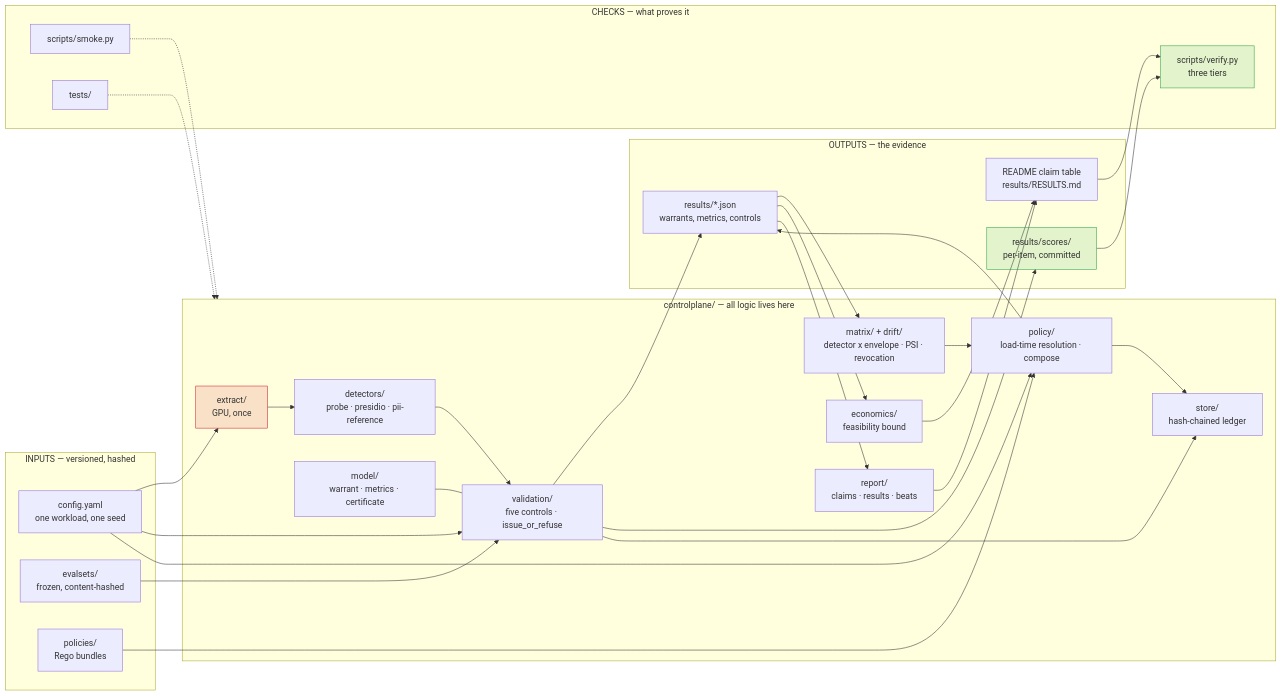
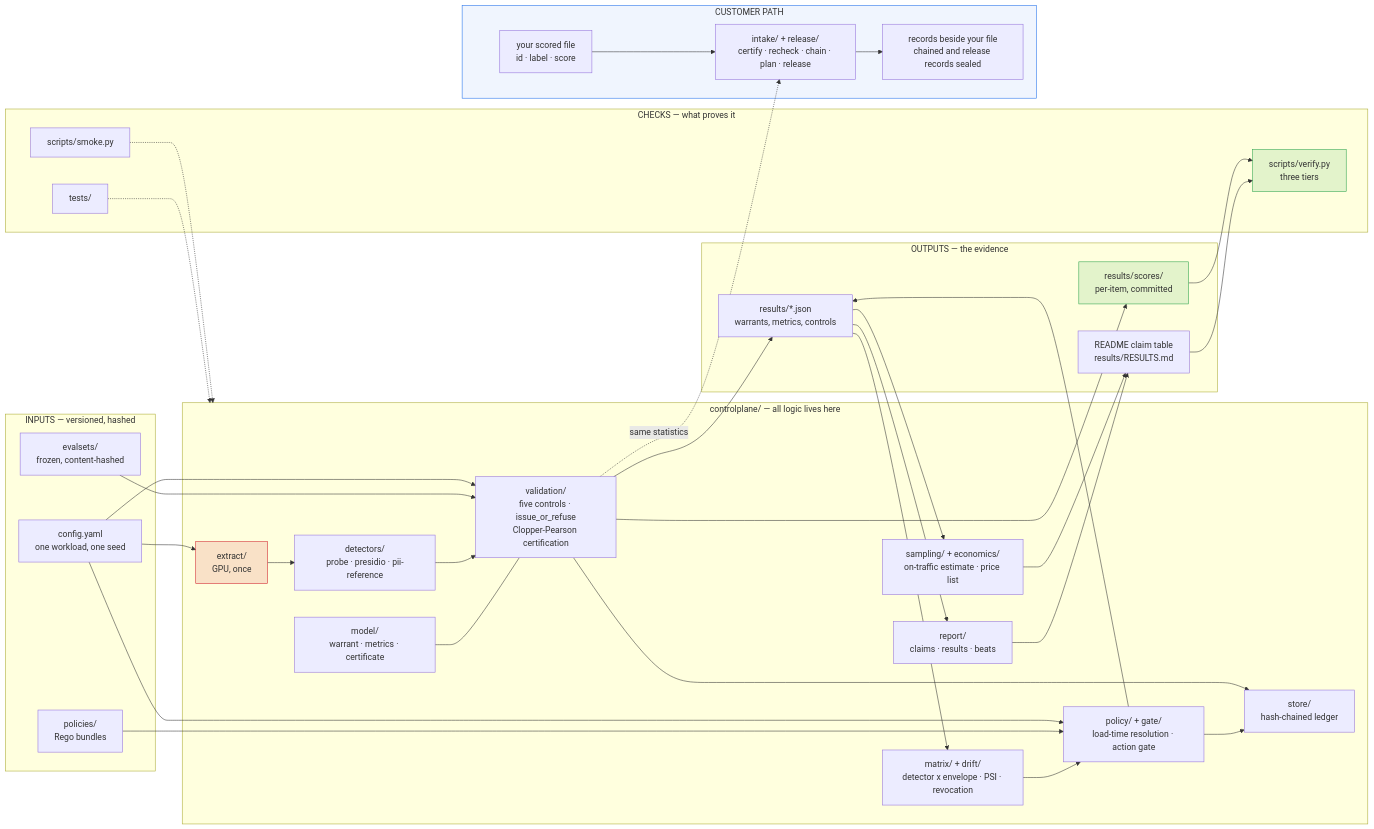
One commit to Aditya26189/Warrant changed the diagram in README.md. Above: the diagram before and after it, drawn with Mermaid. The commit also changed other lines of this file, not shown here.

````diff
--- a/README.md
+++ b/README.md
@@ -448,49 +605,58 @@
 ```mermaid
 flowchart LR
     subgraph IN["INPUTS — versioned, hashed"]
         CFG["config.yaml<br/>one workload, one seed"]
         EVS["evalsets/<br/>frozen, content-hashed"]
         POL["policies/<br/>Rego bundles"]
     end
 
     subgraph PKG["controlplane/ — all logic lives here"]
         EX["extract/<br/>GPU, once"]
         DET["detectors/<br/>probe · presidio · pii-reference"]
-        VAL["validation/<br/>five controls · issue_or_refuse"]
+        VAL["validation/<br/>five controls · issue_or_refuse<br/>Clopper-Pearson certification"]
         MOD["model/<br/>warrant · metrics · certificate"]
         MTX["matrix/ + drift/<br/>detector x envelope · PSI · revocation"]
-        PLC["policy/<br/>load-time resolution · compose"]
-        ECO["economics/<br/>feasibility bound"]
+        PLC["policy/ + gate/<br/>load-time resolution · action gate"]
+        ECO["sampling/ + economics/<br/>on-traffic estimate · price list"]
         REP["report/<br/>claims · results · beats"]
         STO["store/<br/>hash-chained ledger"]
     end
 
     subgraph OUT["OUTPUTS — the evidence"]
         ART["results/*.json<br/>warrants, metrics, controls"]
         SCO["results/scores/<br/>per-item, committed"]
         DOC["README claim table<br/>results/RESULTS.md"]
     end
 
     subgraph CHK["CHECKS — what proves it"]
         SMK["scripts/smoke.py"]
         VFY["scripts/verify.py<br/>three tiers"]
         TST["tests/"]
     end
 
+    subgraph CUS["CUSTOMER PATH"]
+        FILE["your scored file<br/>id · label · score"]
+        INT["intake/ + release/<br/>certify · recheck · chain · plan · release"]
+        REC["records beside your file<br/>chained and release records sealed"]
+    end
+
     CFG --> EX & VAL & PLC
     EVS --> VAL
     POL --> PLC
     EX --> DET --> VAL
     MOD --- VAL
     VAL --> ART --> MTX --> PLC --> ART
     VAL --> SCO
     ART --> ECO & REP --> DOC
     VAL & PLC --> STO
     SCO --> VFY
     DOC --> VFY
     SMK & TST -.-> PKG
+    FILE --> INT --> REC
+    VAL -.->|"same statistics"| INT
 
     style EX fill:#d1242f22,stroke:#d1242f
     style SCO fill:#2da44e22,stroke:#2da44e
     style VFY fill:#2da44e22,stroke:#2da44e
+    style CUS fill:#1f6feb11,stroke:#1f6feb
 ```
````
